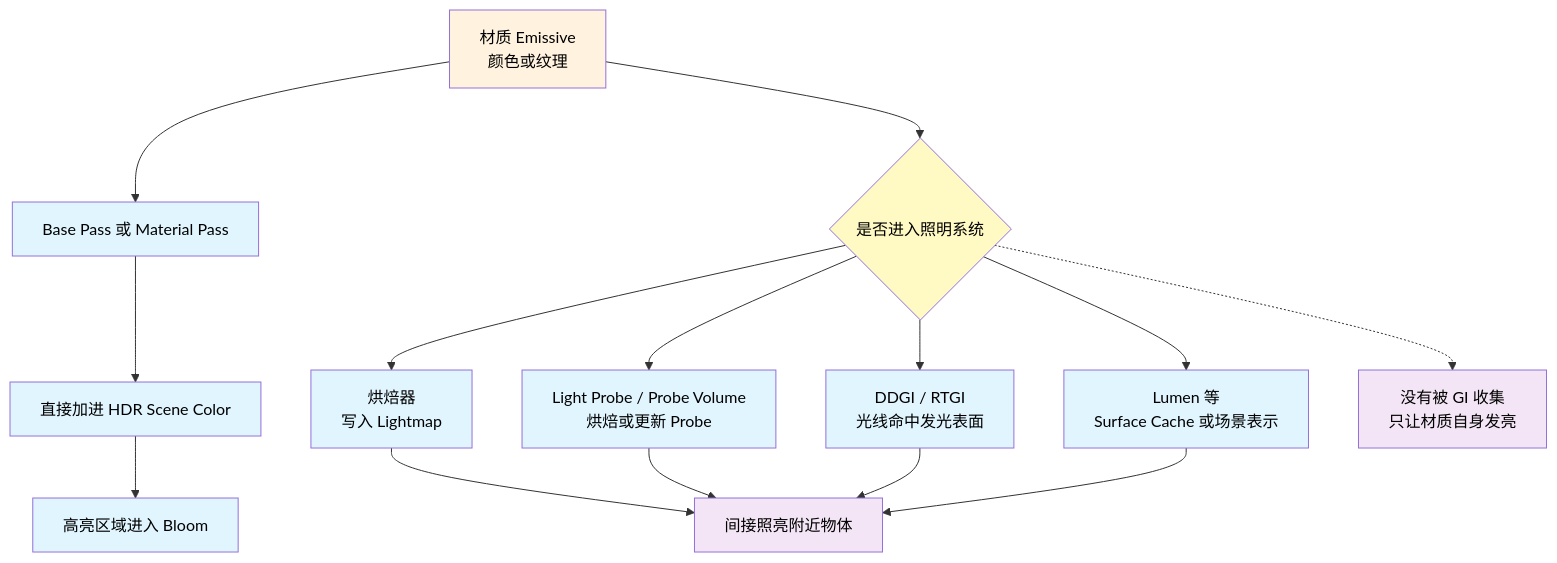
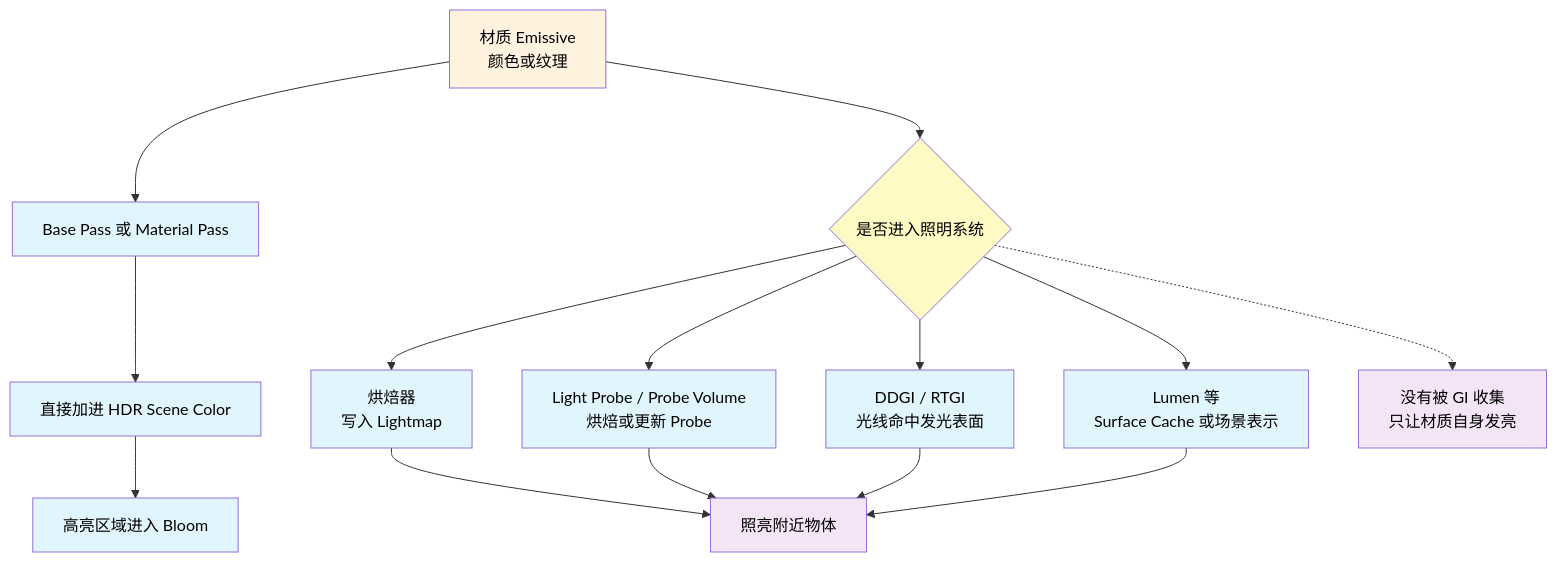
One commit to mr0ptimist/mr0ptimist.github.io changed the seventh of 10 diagrams in content/posts/游戏光照统一框架：从光传输方程到实时实现/index.md. Above: the diagram before and after it, drawn with Mermaid. The commit also changed other lines of this file and 2 other files, not shown here.

````diff
--- a/content/posts/游戏光照统一框架：从光传输方程到实时实现/index.md
+++ b/content/posts/游戏光照统一框架：从光传输方程到实时实现/index.md
@@ -475,24 +478,24 @@
 ```mermaid
 flowchart TD
     A["材质 Emissive<br/>颜色或纹理"] --> B["Base Pass 或 Material Pass"]
     B --> C["直接加进 HDR Scene Color"]
     C --> D["高亮区域进入 Bloom"]
     A --> E{"是否进入照明系统"}
     E --> F1["烘焙器<br/>写入 Lightmap"]
     E --> F2["Light Probe / Probe Volume<br/>烘焙或更新 Probe"]
     E --> F3["DDGI / RTGI<br/>光线命中发光表面"]
     E --> F4["Lumen 等<br/>Surface Cache 或场景表示"]
     E -.-> H["没有被 GI 收集<br/>只让材质自身发亮"]
-    F1 --> G["间接照亮附近物体"]
+    F1 --> G["照亮附近物体"]
     F2 --> G
     F3 --> G
     F4 --> G
     classDef io fill:#fff3e0,color:#000
     classDef proc fill:#e1f5fe,color:#000
     classDef dec fill:#fff9c4,color:#000
     classDef result fill:#f3e5f5,color:#000
     class A io
     class B,C,D,F1,F2,F3,F4 proc
     class E dec
     class G,H result
 ```
````
